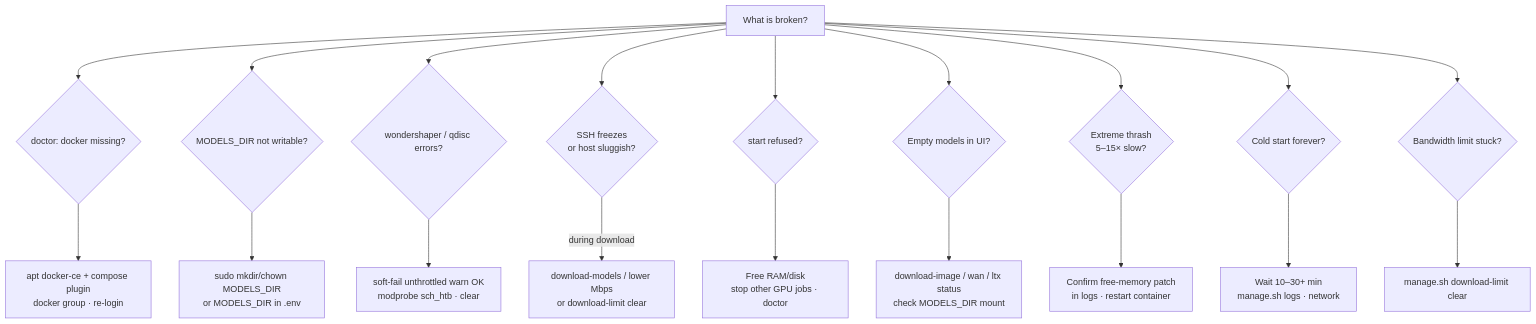
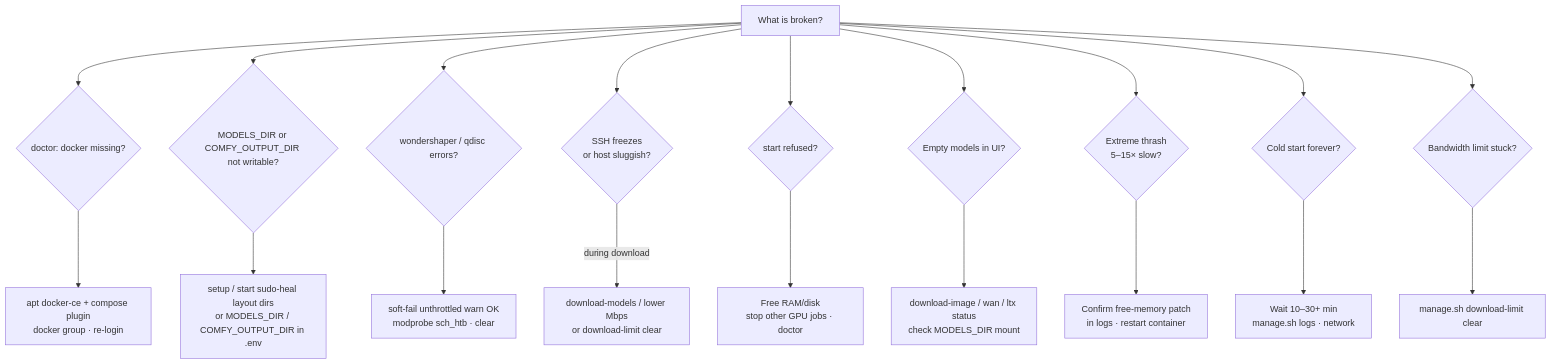
Before and after one commit to toxicoder/ez-comfy-stack: the first of 3 diagrams in docs/troubleshooting.md, drawn with Mermaid. The commit also changed other lines of this file and 9 other files, not shown here.

First line of the commit message:
fix: sudo-heal COMFY_OUTPUT_DIR layout dirs on start

````diff
--- a/docs/troubleshooting.md
+++ b/docs/troubleshooting.md
@@ -104,23 +104,23 @@
 ```mermaid
 flowchart TB
   Q["What is broken?"]
   Q --> Docker{"doctor: docker missing?"}
-  Q --> Models{"MODELS_DIR not writable?"}
+  Q --> Models{"MODELS_DIR or COMFY_OUTPUT_DIR not writable?"}
   Q --> Qdisc{"wondershaper / qdisc errors?"}
   Q --> SSH{"SSH freezes<br/>or host sluggish?"}
   Q --> Start{"start refused?"}
   Q --> Empty{"Empty models in UI?"}
   Q --> Slow{"Extreme thrash<br/>5–15× slow?"}
   Q --> Cold{"Cold start forever?"}
   Q --> Limit{"Bandwidth limit stuck?"}
 
   Docker --> A0["apt docker-ce + compose plugin<br/>docker group · re-login"]
-  Models --> A0b["sudo mkdir/chown MODELS_DIR<br/>or MODELS_DIR in .env"]
+  Models --> A0b["setup / start sudo-heal layout dirs<br/>or MODELS_DIR / COMFY_OUTPUT_DIR in .env"]
   Qdisc --> A0c["soft-fail unthrottled warn OK<br/>modprobe sch_htb · clear"]
   SSH -->|during download| A1["download-models / lower Mbps<br/>or download-limit clear"]
   Start --> A2["Free RAM/disk<br/>stop other GPU jobs · doctor"]
   Empty --> A3["download-image / wan / ltx status<br/>check MODELS_DIR mount"]
   Slow --> A4["Confirm free-memory patch<br/>in logs · restart container"]
   Cold --> A5["Wait 10–30+ min<br/>manage.sh logs · network"]
   Limit --> A6["manage.sh download-limit clear"]
 ```
````
